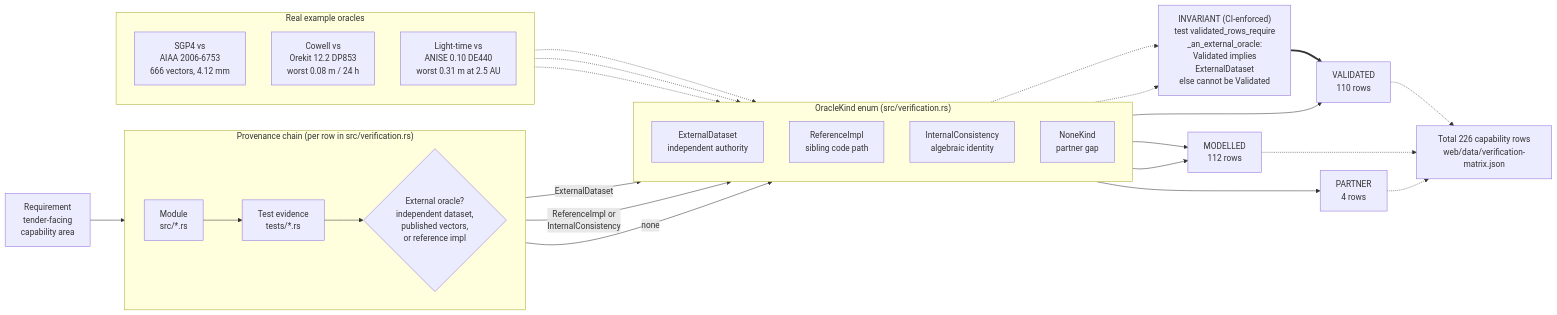
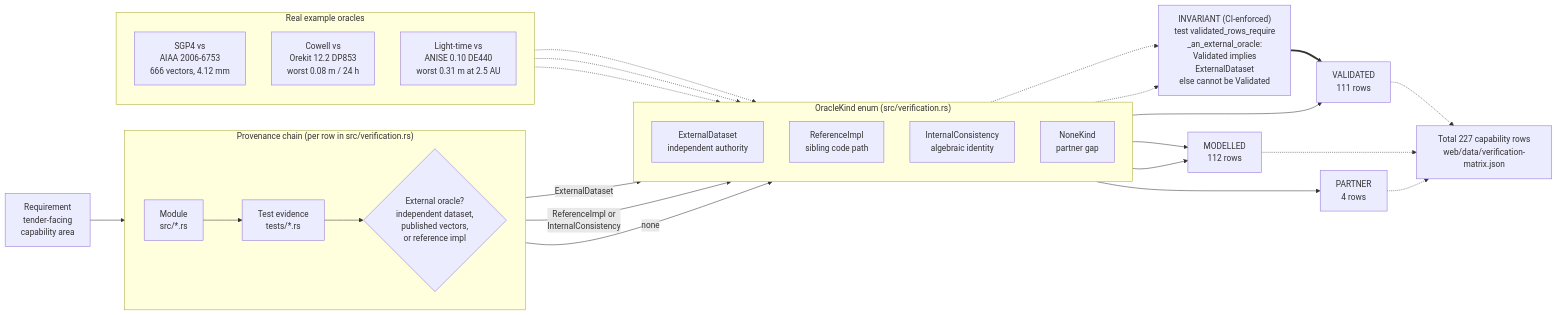
One commit to ashfordeOU/kshana changed the diagram in docs/diagrams/validation-provenance.mmd. Above: the diagram before and after it, drawn with Mermaid. The commit also changed 27 other files, not shown here.

```diff
--- a/docs/diagrams/validation-provenance.mmd
+++ b/docs/diagrams/validation-provenance.mmd
@@ -1,49 +1,49 @@
 flowchart LR
     REQ["Requirement<br/>tender-facing<br/>capability area"]
 
     subgraph CHAIN["Provenance chain (per row in src/verification.rs)"]
         direction LR
         MOD["Module<br/>src/*.rs"]
         TST["Test evidence<br/>tests/*.rs"]
         ORA{"External oracle?<br/>independent dataset,<br/>published vectors,<br/>or reference impl"}
     end
 
     REQ --> MOD --> TST --> ORA
 
     subgraph KINDS["OracleKind enum (src/verification.rs)"]
         direction TD
         EXT["ExternalDataset<br/>independent authority"]
         REF["ReferenceImpl<br/>sibling code path"]
         INT["InternalConsistency<br/>algebraic identity"]
         NON["NoneKind<br/>partner gap"]
     end
 
     ORA -->|ExternalDataset| EXT
     ORA -->|"ReferenceImpl or<br/>InternalConsistency"| INT
     ORA -->|none| NON
 
     GUARD["INVARIANT (CI-enforced)<br/>test validated_rows_require<br/>_an_external_oracle:<br/>Validated implies<br/>ExternalDataset<br/>else cannot be Validated"]
     EXT -.-> GUARD
     INT -.-> GUARD
 
-    EXT --> VAL["VALIDATED<br/>110 rows"]
+    EXT --> VAL["VALIDATED<br/>111 rows"]
     REF --> MDL["MODELLED<br/>112 rows"]
     INT --> MDL
     NON --> PRT["PARTNER<br/>4 rows"]
     GUARD ==> VAL
 
     subgraph EX["Real example oracles"]
         direction TD
         E1["SGP4 vs<br/>AIAA 2006-6753<br/>666 vectors, 4.12 mm"]
         E2["Cowell vs<br/>Orekit 12.2 DP853<br/>worst 0.08 m / 24 h"]
         E3["Light-time vs<br/>ANISE 0.10 DE440<br/>worst 0.31 m at 2.5 AU"]
     end
 
     E1 -.-> EXT
     E2 -.-> EXT
     E3 -.-> EXT
 
-    TOTAL["Total 226 capability rows<br/>web/data/verification-matrix.json"]
+    TOTAL["Total 227 capability rows<br/>web/data/verification-matrix.json"]
     VAL -.-> TOTAL
     MDL -.-> TOTAL
     PRT -.-> TOTAL
```
